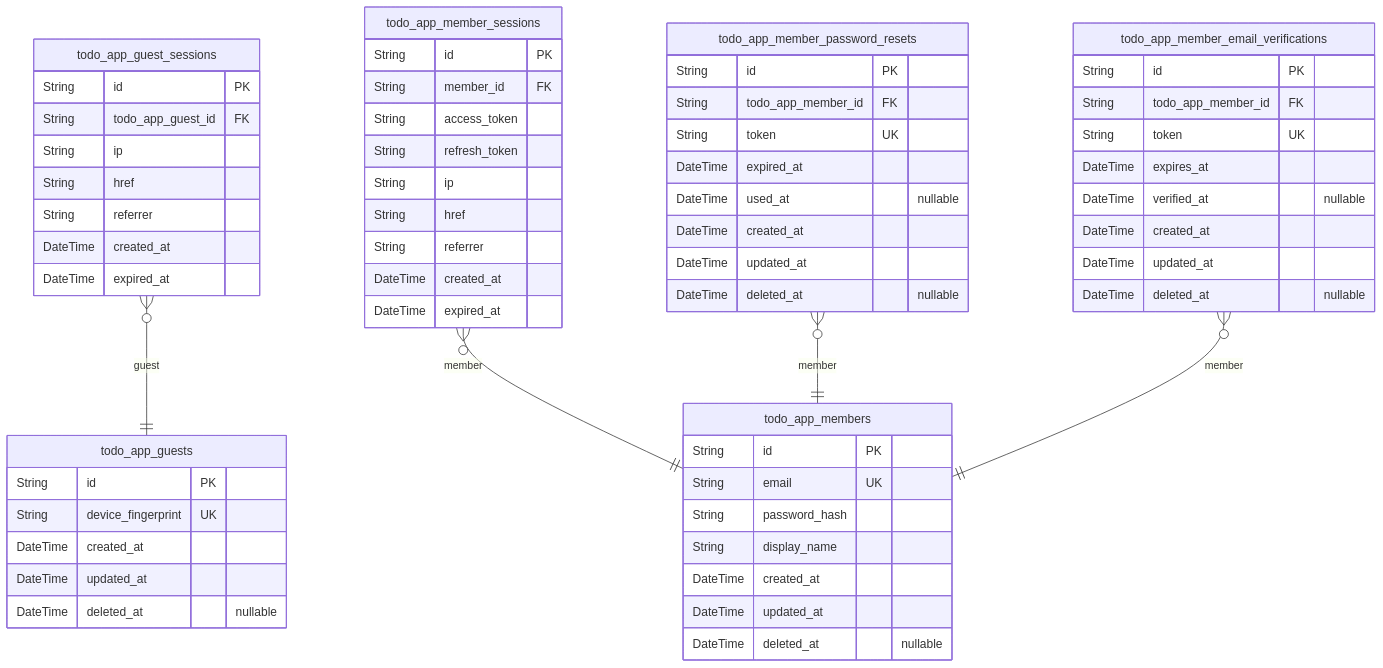
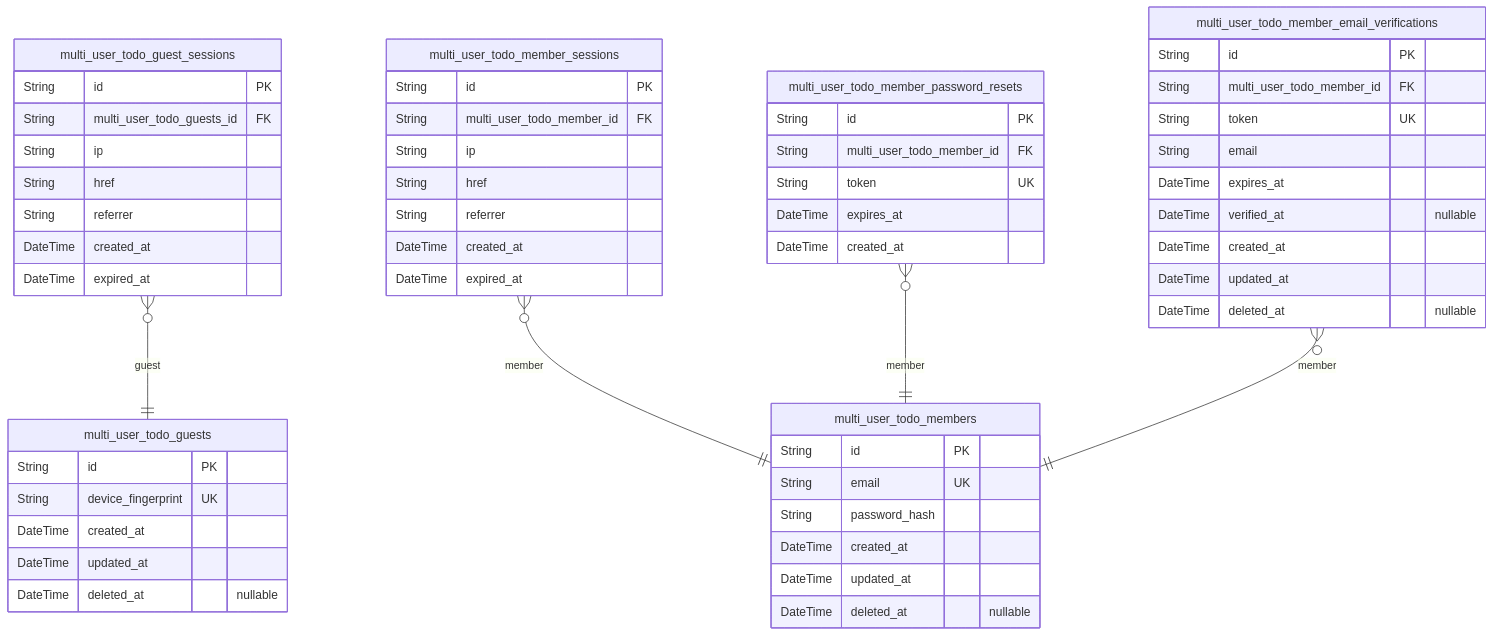
The first of 2 diagrams in qwen/qwen3.5-397b-a17b/todo/docs/ERD.md (wrtnlabs/autobe-examples), drawn with Mermaid before and after one commit. The commit also changed other lines of this file and 9017 other files, not shown here.

````diff
--- a/qwen/qwen3.5-397b-a17b/todo/docs/ERD.md
+++ b/qwen/qwen3.5-397b-a17b/todo/docs/ERD.md
@@ -10,63 +10,58 @@
 ```mermaid
 erDiagram
-"todo_app_guests" {
+"multi_user_todo_guests" {
   String id PK
   String device_fingerprint UK
   DateTime created_at
   DateTime updated_at
   DateTime deleted_at "nullable"
 }
-"todo_app_guest_sessions" {
+"multi_user_todo_guest_sessions" {
   String id PK
-  String todo_app_guest_id FK
+  String multi_user_todo_guests_id FK
   String ip
   String href
   String referrer
   DateTime created_at
   DateTime expired_at
 }
-"todo_app_members" {
+"multi_user_todo_members" {
   String id PK
   String email UK
   String password_hash
-  String display_name
   DateTime created_at
   DateTime updated_at
   DateTime deleted_at "nullable"
 }
-"todo_app_member_sessions" {
+"multi_user_todo_member_sessions" {
   String id PK
-  String member_id FK
-  String access_token
-  String refresh_token
+  String multi_user_todo_member_id FK
   String ip
   String href
   String referrer
   DateTime created_at
   DateTime expired_at
 }
-"todo_app_member_password_resets" {
+"multi_user_todo_member_password_resets" {
   String id PK
-  String todo_app_member_id FK
+  String multi_user_todo_member_id FK
   String token UK
-  DateTime expired_at
-  DateTime used_at "nullable"
+  DateTime expires_at
   DateTime created_at
-  DateTime updated_at
-  DateTime deleted_at "nullable"
 }
-"todo_app_member_email_verifications" {
+"multi_user_todo_member_email_verifications" {
   String id PK
-  String todo_app_member_id FK
+  String multi_user_todo_member_id FK
   String token UK
+  String email
   DateTime expires_at
   DateTime verified_at "nullable"
   DateTime created_at
   DateTime updated_at
   DateTime deleted_at "nullable"
 }
-"todo_app_guest_sessions" }o--|| "todo_app_guests" : guest
-"todo_app_member_sessions" }o--|| "todo_app_members" : member
-"todo_app_member_password_resets" }o--|| "todo_app_members" : member
-"todo_app_member_email_verifications" }o--|| "todo_app_members" : member
+"multi_user_todo_guest_sessions" }o--|| "multi_user_todo_guests" : guest
+"multi_user_todo_member_sessions" }o--|| "multi_user_todo_members" : member
+"multi_user_todo_member_password_resets" }o--|| "multi_user_todo_members" : member
+"multi_user_todo_member_email_verifications" }o--|| "multi_user_todo_members" : member
 ```
````
